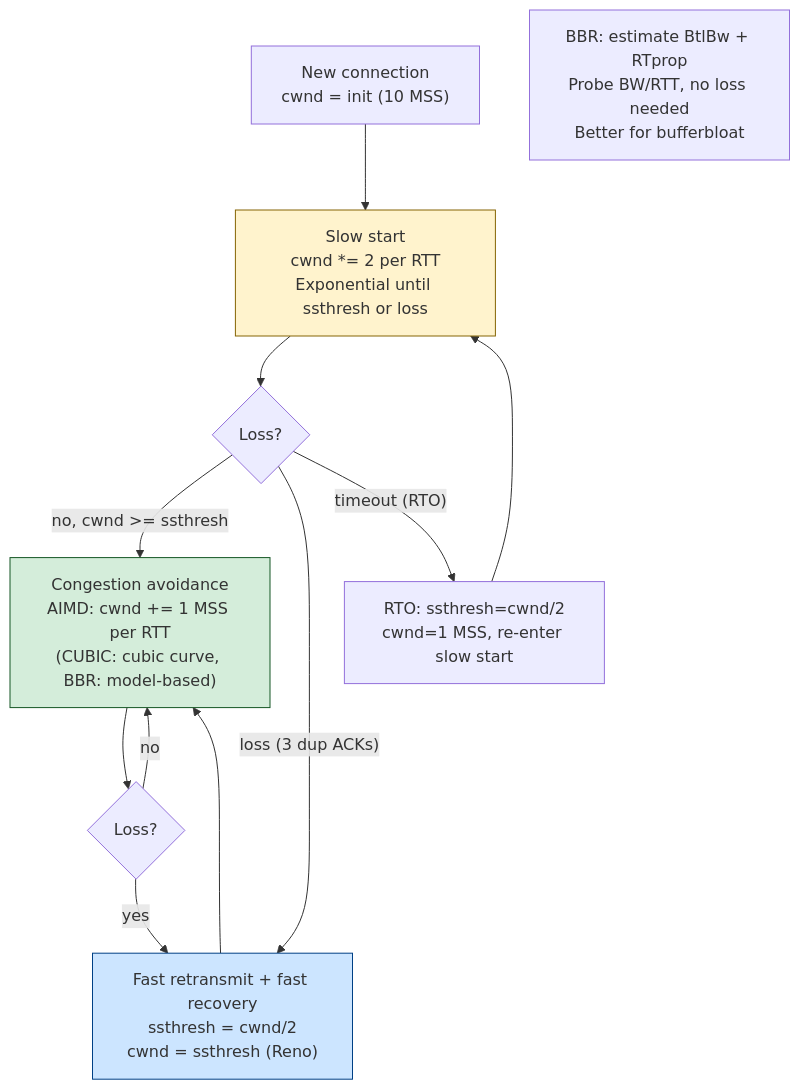
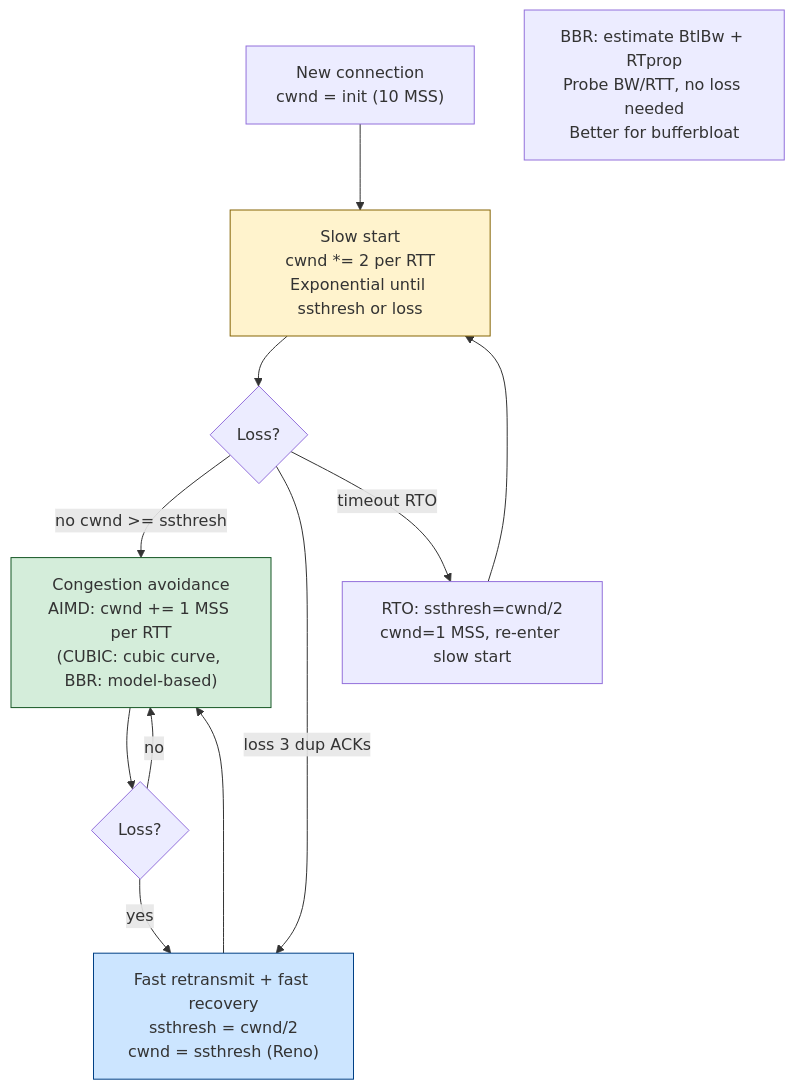
The sixth of 8 diagrams in vol-03-networking/ch03-tcp-in-depth.md (bumbsclaw/textbooks), drawn with Mermaid before and after one commit. The commit also changed 173 other files, not shown here.

First line of the commit message:
fix(mermaid): close note brackets, semicolons in Notes, stateDiagram br -> dash, edge parens

````diff
--- a/vol-03-networking/ch03-tcp-in-depth.md
+++ b/vol-03-networking/ch03-tcp-in-depth.md
@@ -500,17 +500,17 @@
 ```mermaid
 flowchart TD
     Start["New connection<br/>cwnd = init (10 MSS)"] --> Slow["Slow start<br/>cwnd *= 2 per RTT<br/>Exponential until ssthresh or loss"]
     Slow --> Loss1{"Loss?"}
-    Loss1 -->|"no, cwnd >= ssthresh"| Avoid["Congestion avoidance<br/>AIMD: cwnd += 1 MSS per RTT<br/>(CUBIC: cubic curve, BBR: model-based)"]
-    Loss1 -->|"loss (3 dup ACKs)"| Fast["Fast retransmit + fast recovery<br/>ssthresh = cwnd/2<br/>cwnd = ssthresh (Reno)"]
+    Loss1 -->|"no cwnd >= ssthresh"| Avoid["Congestion avoidance<br/>AIMD: cwnd += 1 MSS per RTT<br/>(CUBIC: cubic curve, BBR: model-based)"]
+    Loss1 -->|"loss 3 dup ACKs "| Fast["Fast retransmit + fast recovery<br/>ssthresh = cwnd/2<br/>cwnd = ssthresh (Reno)"]
     Avoid --> Loss2{"Loss?"}
     Loss2 -->|"no"| Avoid
     Loss2 -->|"yes"| Fast
     Fast --> Avoid
-    Loss1 -->|"timeout (RTO)"| Timeout["RTO: ssthresh=cwnd/2<br/>cwnd=1 MSS, re-enter slow start"]
+    Loss1 -->|"timeout RTO "| Timeout["RTO: ssthresh=cwnd/2<br/>cwnd=1 MSS, re-enter slow start"]
     Timeout --> Slow
     Note["BBR: estimate BtlBw + RTprop<br/>Probe BW/RTT, no loss needed<br/>Better for bufferbloat"]
     style Slow fill:#fff3cd,stroke:#856404
     style Avoid fill:#d4edda,stroke:#155724
     style Fast fill:#cce5ff,stroke:#004085
 ```
````
